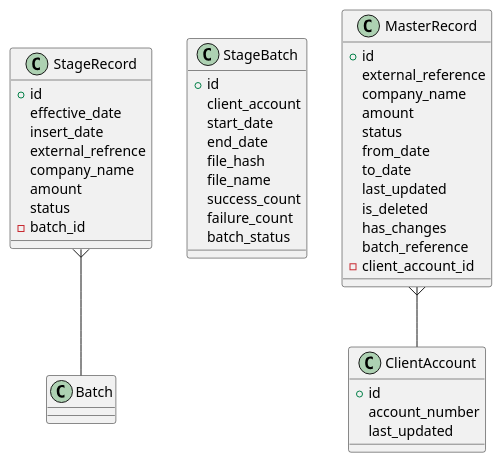
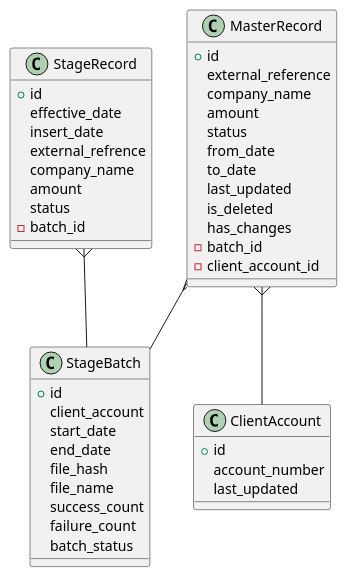
Before and after one commit to mariusvrstr/Python-SCD-ETL: the diagram in docs/database_design.puml, drawn with PlantUML. The commit also changed 10 other files, not shown here.

```diff
--- a/docs/database_design.puml
+++ b/docs/database_design.puml
@@ -1,50 +1,51 @@
 @startuml ERD Design
 
 class StageRecord {
     +id
     effective_date
     insert_date
     external_refrence
     company_name
     amount
     status
     -batch_id
 }
 
 class StageBatch {
     +id
     client_account
     start_date
     end_date
     file_hash
     file_name
     success_count
     failure_count
     batch_status
 }
 
 class MasterRecord {
     +id
     external_reference
     company_name
     amount
     status
     from_date
     to_date
     last_updated
     is_deleted    
     has_changes
-    batch_reference
+    -batch_id
     -client_account_id
 }
 
 class ClientAccount {
     +id
     account_number
     last_updated
 }
 
-StageRecord }-- Batch
+StageRecord }-- StageBatch
 MasterRecord }-- ClientAccount
+MasterRecord }-- StageBatch
 
 @enduml
```
